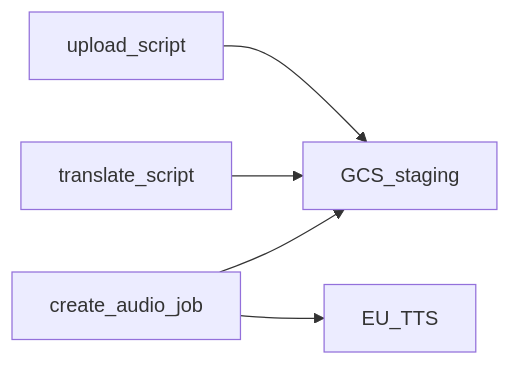
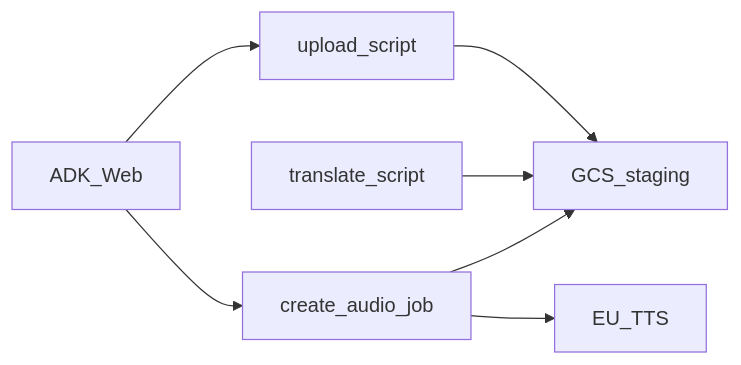
The second of 3 diagrams in README.md (se02035/agentic-audio-conversations), drawn with Mermaid before and after one commit. The commit also changed other lines of this file and 57 other files, not shown here.

````diff
--- a/README.md
+++ b/README.md
@@ -36,12 +37,15 @@
 ```mermaid
 flowchart LR
   upload[upload_script]
   translate[translate_script]
   job[create_audio_job]
   tts[EU_TTS]
   gcs[GCS_staging]
+  adk[ADK_Web]
   upload --> gcs
   translate --> gcs
   job --> tts
   job --> gcs
+  adk --> upload
+  adk --> job
 ```
````
